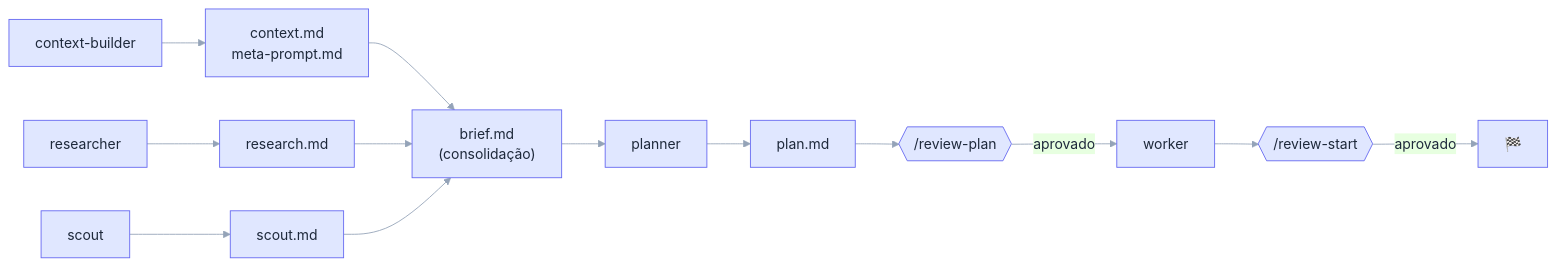
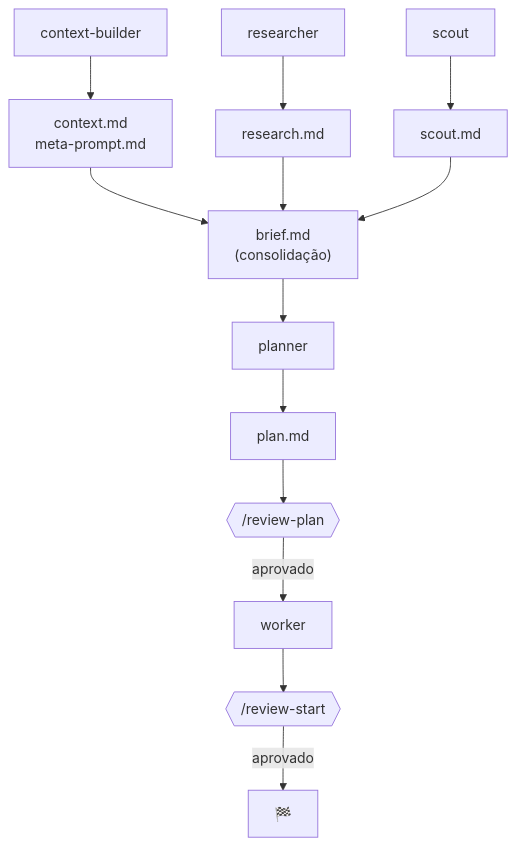
Before and after one commit to docg1701/pi-dev-config: the diagram in PI_DEV_CHEATSHEET.md, drawn with Mermaid. The commit also changed other lines of this file, not shown here.

Commit message:
Reverte Mermaid para TD limpo — theme/LR quebrou no pi-mermaid

````diff
--- a/PI_DEV_CHEATSHEET.md
+++ b/PI_DEV_CHEATSHEET.md
@@ -35,20 +35,19 @@
 ```mermaid
-%%{init: {'theme': 'base', 'themeVariables': {'primaryColor': '#e0e7ff','primaryTextColor': '#1e293b','primaryBorderColor': '#6366f1','lineColor': '#94a3b8','tertiaryColor': '#f1f5f9'}}}%%
-flowchart LR
-    CB["context-builder"] --> CTX["context.md<br/>meta-prompt.md"]
+flowchart TD
+    CB["context-builder"] --> CTX["context.md<br>meta-prompt.md"]
     RS["researcher"] --> RES["research.md"]
     SC["scout"] --> SCT["scout.md"]
 
-    CTX --> BRIEF["brief.md<br/>(consolidação)"]
+    CTX --> BRIEF["brief.md<br>(consolidação)"]
     RES --> BRIEF
     SCT --> BRIEF
 
     BRIEF --> PL["planner"]
     PL --> PLAN["plan.md"]
 
     PLAN --> RPL{{"/review-plan"}}
     RPL -- "aprovado" --> WK["worker"]
 
     WK --> RST{{"/review-start"}}
     RST -- "aprovado" --> FIM["🏁"]
 ```
````
